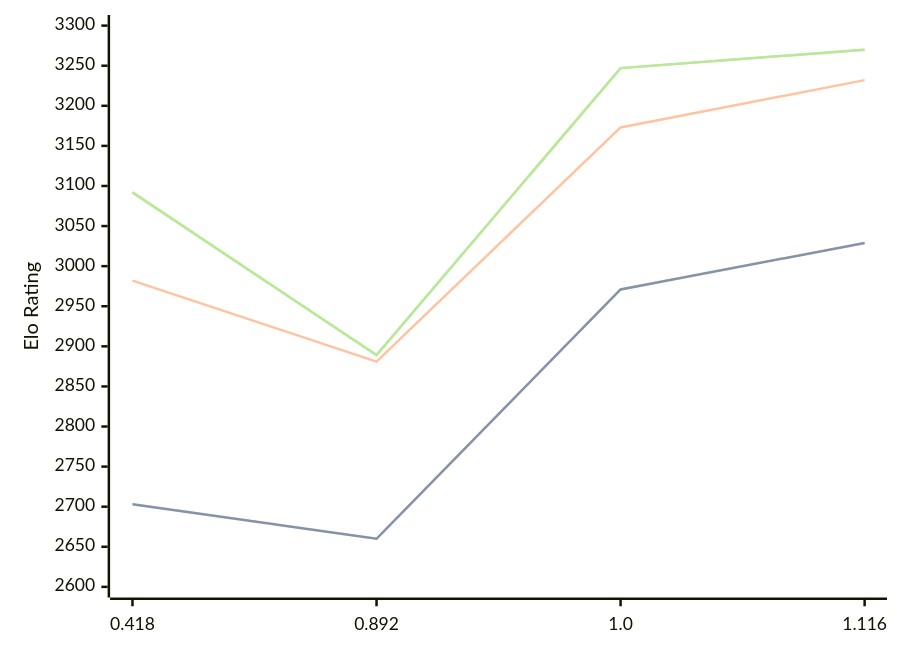
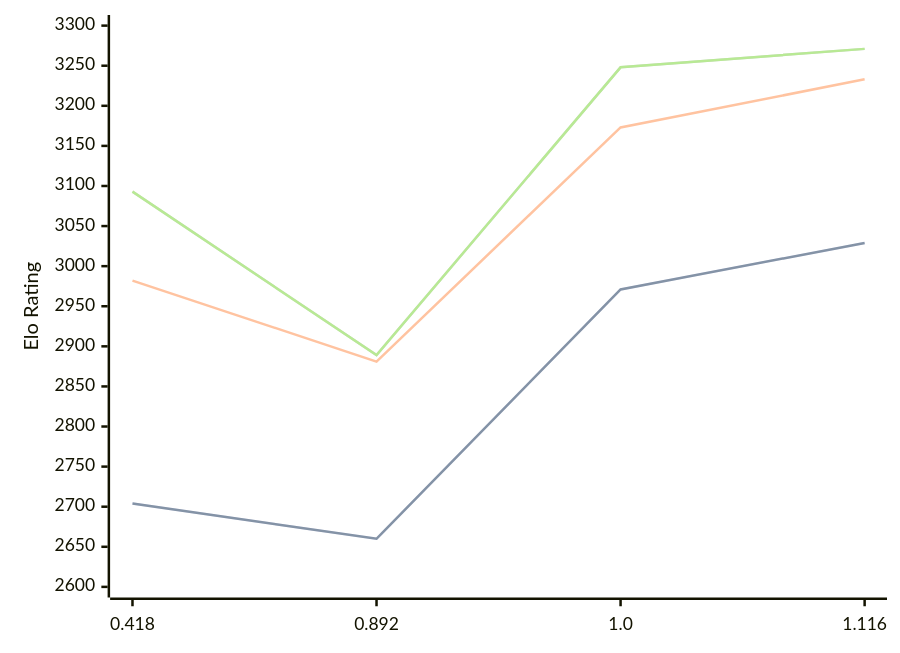
Before and after one commit to computer-chess-index/cci: the first of 3 diagrams in engines/Malika.md, drawn with Mermaid. The commit also changed other lines of this file, not shown here.

Commit message:
Update CCI Ratings (ELO VLTC) - 2026-07-14

````diff
--- a/engines/Malika.md
+++ b/engines/Malika.md
@@ -34,11 +34,11 @@
 ```mermaid
 %%{init: {"theme":"base","themeVariables":{"seriesColors:['#a3a3a3','#222221','#faa371']}}}%%
 xychart-beta
   x-axis ["0.418", "0.892", "1.0", "1.116"]
   y-axis "Elo Rating" 2600 --> 3300
-  line "STC (8.0+0.08s)" [2703, 2660, 2971, 3029]
-  line "STC (8.0+0.08s)" [2703, 2660, 2971, 3029]
-  line "LTC (60.0+0.60s)" [2982, 2881, 3173, 3232]
-  line "VLTC (2m24s+1.12s)" [3092, 2889, 3247, 3270]
-  line "VLTC (2m24s+1.12s)" [3092, 2889, 3247, 3270]
+  line "STC (8.0+0.08s)" [2704, 2660, 2971, 3029]
+  line "STC (8.0+0.08s)" [2704, 2660, 2971, 3029]
+  line "LTC (60.0+0.60s)" [2982, 2881, 3173, 3233]
+  line "VLTC (2m24s+1.12s)" [3093, 2889, 3248, 3271]
+  line "VLTC (2m24s+1.12s)" [3093, 2889, 3248, 3271]
 ```
````
